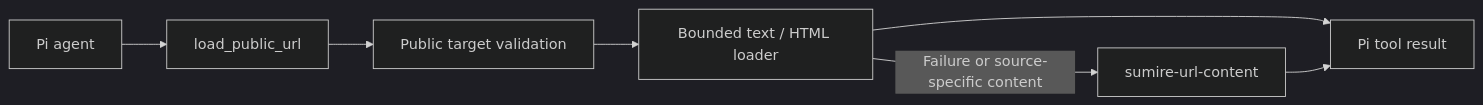
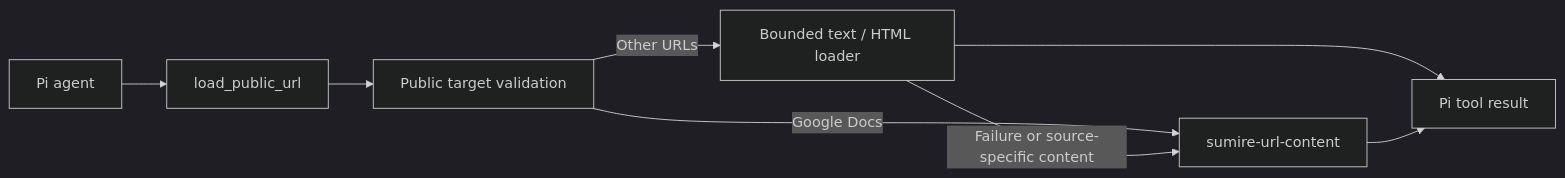
The diagram in packages/url-tool/README.md (narumiruna/sumire), drawn with Mermaid (dark theme) before and after one commit. The commit also changed other lines of this file and 14 other files, not shown here.

Commit message:
feat(url-content): add dedicated Google Docs loader

````diff
--- a/packages/url-tool/README.md
+++ b/packages/url-tool/README.md
@@ -29,9 +31,10 @@
 ```mermaid
 flowchart LR
     Agent[Pi agent] --> Tool[load_public_url]
     Tool --> Check[Public target validation]
-    Check --> BuiltIn[Bounded text / HTML loader]
-    BuiltIn -->|Failure or source-specific content| Fallback[sumire-url-content]
+    Check -->|Other URLs| BuiltIn[Bounded text / HTML loader]
+    Check -->|Google Docs| Fallback[sumire-url-content]
+    BuiltIn -->|Failure or source-specific content| Fallback
     BuiltIn --> Result[Pi tool result]
     Fallback --> Result
 ```
````
